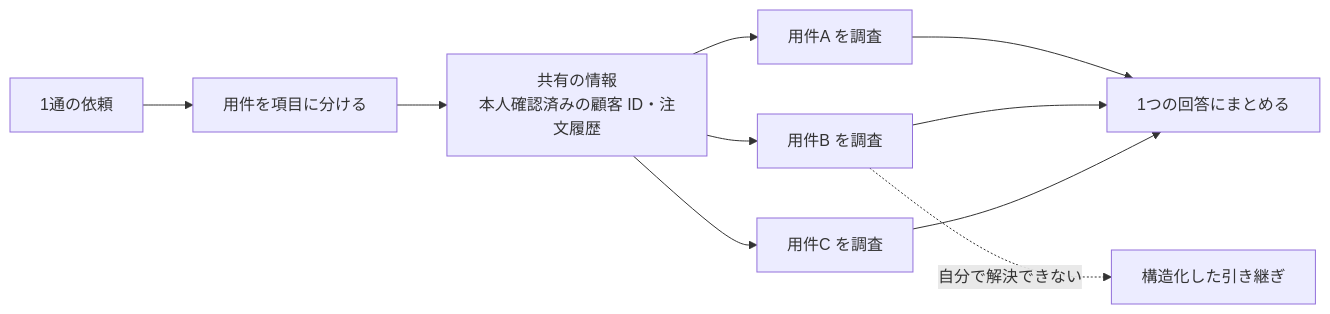
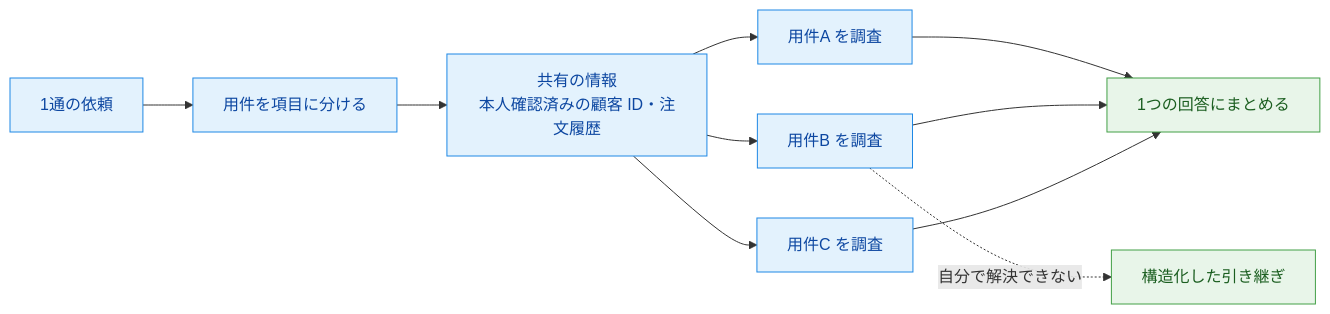
One commit to yuya-take/yuya-exam-notes changed the diagram in ccaf/notes/01-agentic-architecture/structured-handoff-request-decomposition.md. Above: the diagram before and after it, drawn with Mermaid. The commit also changed other lines of this file and 50 other files, not shown here.

````diff
--- a/ccaf/notes/01-agentic-architecture/structured-handoff-request-decomposition.md
+++ b/ccaf/notes/01-agentic-architecture/structured-handoff-request-decomposition.md
@@ -14,10 +14,14 @@
 ```mermaid
 flowchart LR
   M[1通の依頼] --> S[用件を項目に分ける]
-  S --> C[共有の情報<br>本人確認済みの顧客 ID・注文履歴]
+  S --> C["共有の情報<br>本人確認済みの顧客 ID・注文履歴"]
   C --> A[用件A を調査]
   C --> B[用件B を調査]
   C --> D[用件C を調査]
   A & B & D --> U[1つの回答にまとめる]
   B -.自分で解決できない.-> H[構造化した引き継ぎ]
+  classDef run fill:#e3f2fd,stroke:#1e88e5,color:#0d47a1
+  classDef done fill:#e8f5e9,stroke:#43a047,color:#1b5e20
+  class M,S,C,A,B,D run
+  class U,H done
 ```
````
